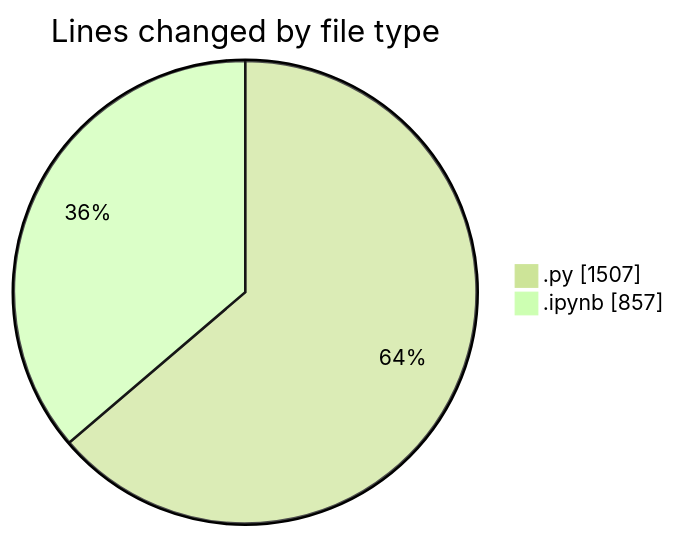
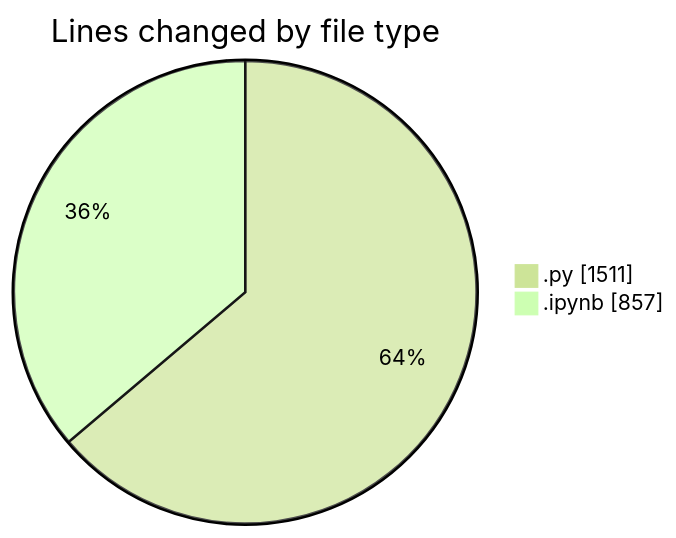
The first of 2 diagrams in 2025-11-15/untitled__workspace_/README.md (MatusMokan/code-tracking), drawn with Mermaid (forest theme) before and after one commit. The commit also changed other lines of this file and 1 other file, not shown here.

````diff
--- a/2025-11-15/untitled__workspace_/README.md
+++ b/2025-11-15/untitled__workspace_/README.md
@@ -26,6 +26,6 @@
 ```mermaid
 pie showData
 title Lines changed by file type
-".py" : 1507
+".py" : 1511
 ".ipynb" : 857
 ```
````
